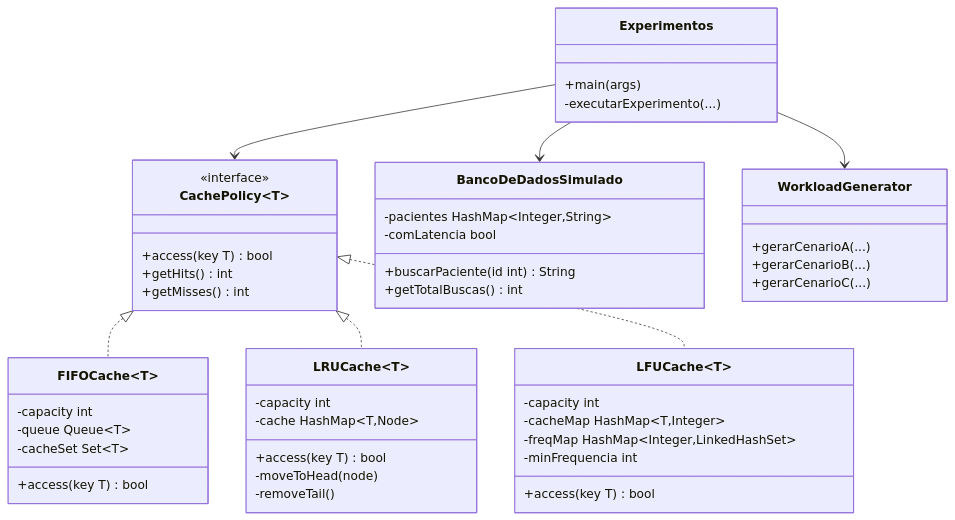
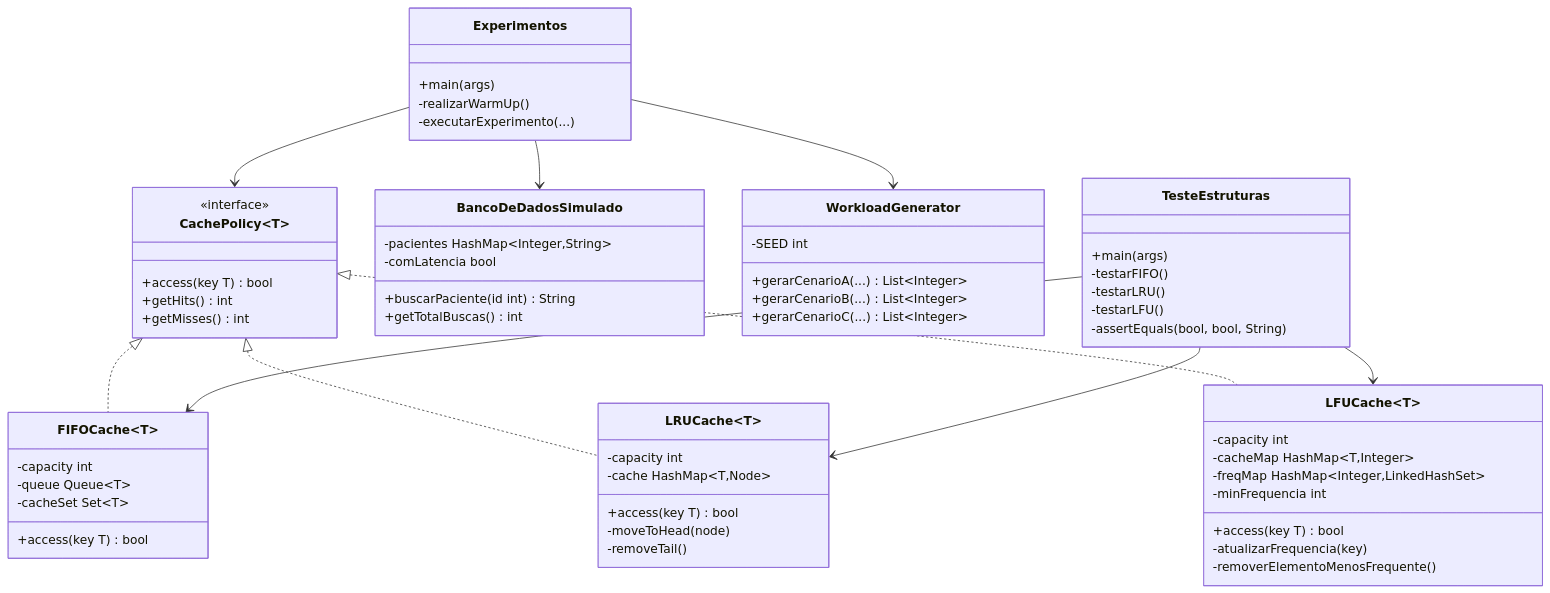
One commit to DeborahArauj0/cache-policies-analysis changed the diagram in README.md. Above: the diagram before and after it, drawn with Mermaid. The commit also changed other lines of this file, not shown here.

````diff
--- a/README.md
+++ b/README.md
@@ -318,57 +323,72 @@
 ```mermaid
 classDiagram
     class CachePolicy~T~ {
         <<interface>>
         +access(key T) bool
         +getHits() int
         +getMisses() int
     }
 
     class FIFOCache~T~ {
         -capacity int
         -queue Queue~T~
         -cacheSet Set~T~
         +access(key T) bool
     }
 
     class LRUCache~T~ {
         -capacity int
         -cache HashMap~T,Node~
         +access(key T) bool
         -moveToHead(node)
         -removeTail()
     }
 
     class LFUCache~T~ {
         -capacity int
         -cacheMap HashMap~T,Integer~
         -freqMap HashMap~Integer,LinkedHashSet~
         -minFrequencia int
         +access(key T) bool
+        -atualizarFrequencia(key)
+        -removerElementoMenosFrequente()
     }
 
     class BancoDeDadosSimulado {
         -pacientes HashMap~Integer,String~
         -comLatencia bool
         +buscarPaciente(id int) String
         +getTotalBuscas() int
     }
 
     class Experimentos {
         +main(args)
+        -realizarWarmUp()
         -executarExperimento(...)
     }
 
     class WorkloadGenerator {
-        +gerarCenarioA(...)
-        +gerarCenarioB(...)
-        +gerarCenarioC(...)
+        -SEED int
+        +gerarCenarioA(...) List~Integer~
+        +gerarCenarioB(...) List~Integer~
+        +gerarCenarioC(...) List~Integer~
+    }
+
+    class TesteEstruturas {
+        +main(args)
+        -testarFIFO()
+        -testarLRU()
+        -testarLFU()
+        -assertEquals(bool, bool, String)
     }
 
     CachePolicy <|.. FIFOCache
     CachePolicy <|.. LRUCache
     CachePolicy <|.. LFUCache
     Experimentos --> CachePolicy
     Experimentos --> WorkloadGenerator
     Experimentos --> BancoDeDadosSimulado
+    TesteEstruturas --> FIFOCache
+    TesteEstruturas --> LRUCache
+    TesteEstruturas --> LFUCache
 ```
````
